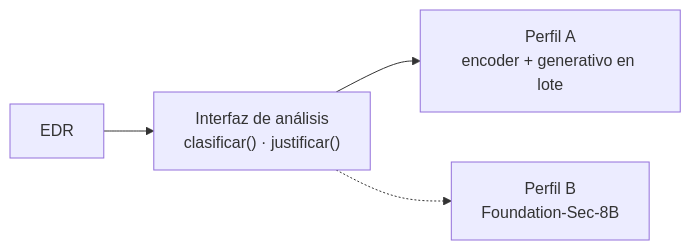
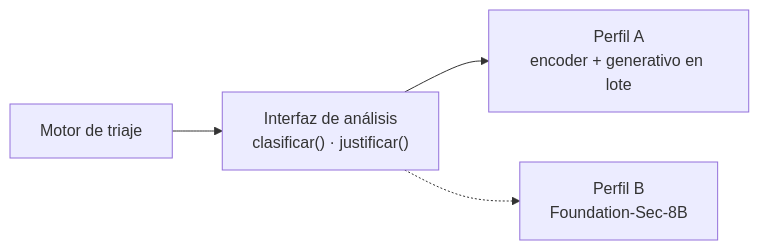
Before and after one commit to vBlanyer/domotai-pasantia: the second of 2 diagrams in documentacion/04-fase4-diseno-de-arquitectura/seleccion-del-modelo.md, drawn with Mermaid. The commit also changed other lines of this file and 11 other files, not shown here.

````diff
--- a/documentacion/04-fase4-diseno-de-arquitectura/seleccion-del-modelo.md
+++ b/documentacion/04-fase4-diseno-de-arquitectura/seleccion-del-modelo.md
@@ -113,6 +113,6 @@
 ```mermaid
 flowchart LR
-    EDR["EDR"] --> I["Interfaz de análisis<br/>clasificar() · justificar()"]
+    TRI["Motor de triaje"] --> I["Interfaz de análisis<br/>clasificar() · justificar()"]
     I --> A["Perfil A<br/>encoder + generativo en lote"]
     I -.-> B["Perfil B<br/>Foundation-Sec-8B"]
 ```
````
